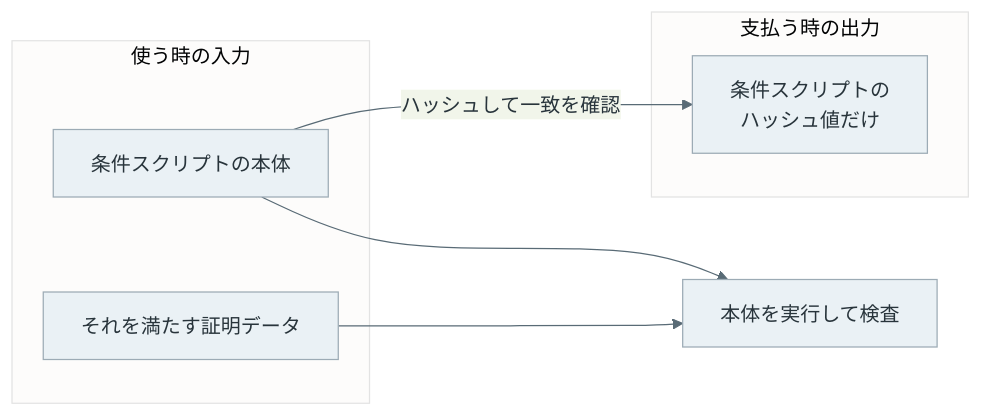
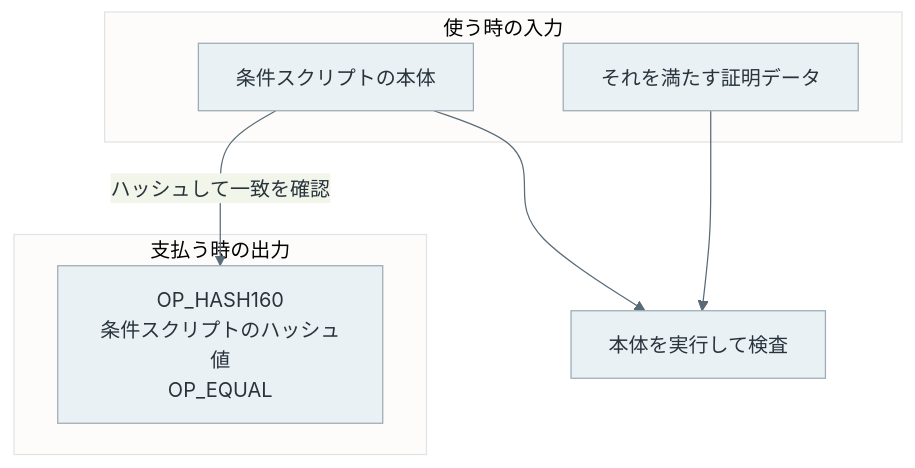
One commit to nao1215/debimate changed the fourth of 4 diagrams in content/notes/blockchain-systems/bitcoin-script/index.md. Above: the diagram before and after it, drawn with Mermaid. The commit also changed other lines of this file and 101 other files, not shown here.

Commit message:
feat(notes): add blockchain labs and improve technical diagrams

````diff
--- a/content/notes/blockchain-systems/bitcoin-script/index.md
+++ b/content/notes/blockchain-systems/bitcoin-script/index.md
@@ -133,15 +162,15 @@
 ```mermaid
 %%{init: {"theme":"base","themeVariables":{"primaryColor":"#eaf1f5","primaryTextColor":"#28343b","primaryBorderColor":"#9cabb5","lineColor":"#596b76","textColor":"#28343b","actorBkg":"#eaf1f5","actorBorder":"#9cabb5","actorTextColor":"#28343b","actorLineColor":"#9cabb5","signalColor":"#596b76","signalTextColor":"#28343b","noteBkgColor":"#f7f1e5","noteBorderColor":"#c5b99b","noteTextColor":"#403c32","activationBkgColor":"#edf3ef","activationBorderColor":"#9aafa1"}}}%%
-flowchart LR
+flowchart TD
     subgraph PAY["支払う時の出力"]
-        H["条件スクリプトの<br/>ハッシュ値だけ"]
+        H["OP_HASH160<br/>条件スクリプトのハッシュ値<br/>OP_EQUAL"]
     end
     subgraph SPEND["使う時の入力"]
         S["条件スクリプトの本体"]
         P["それを満たす証明データ"]
     end
     S -->|"ハッシュして一致を確認"| H
     S --> E["本体を実行して検査"]
     P --> E
     classDef default fill:#eaf1f5,stroke:#9cabb5,color:#28343b;
 ```
````
